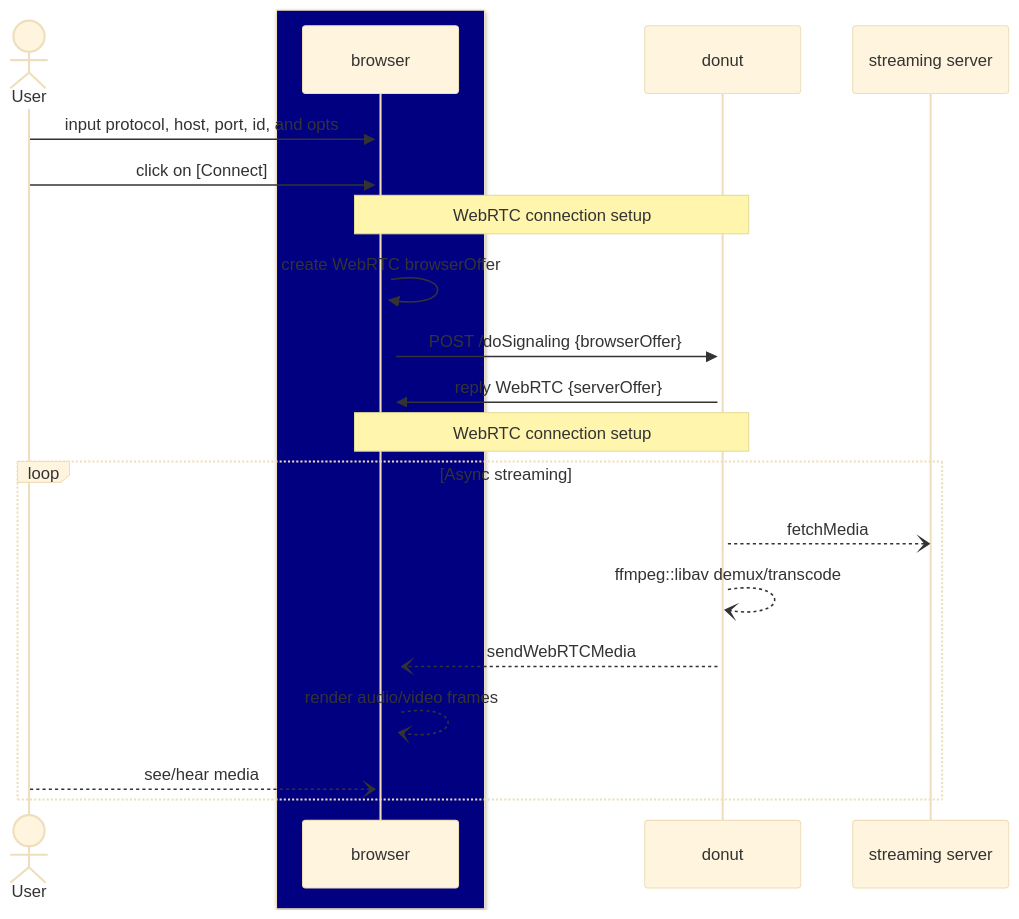
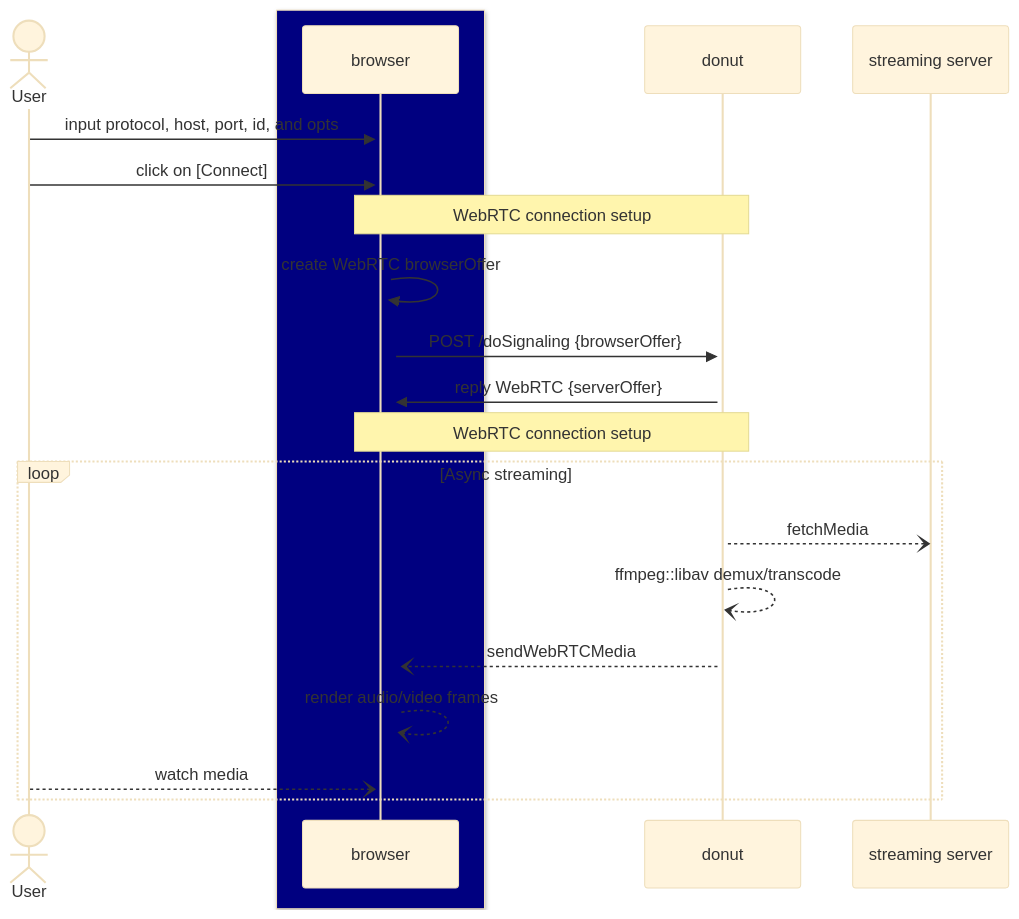
One commit to flavioribeiro/donut changed the first of 2 diagrams in HOW_IT_WORKS.md. Above: the diagram before and after it, drawn with Mermaid (base theme).

Commit message:
change verb

````diff
--- a/HOW_IT_WORKS.md
+++ b/HOW_IT_WORKS.md
@@ -3,28 +3,28 @@
 ```mermaid
 sequenceDiagram
     actor User
 
     box Navy
         participant browser
     end
 
     User->>+browser: input protocol, host, port, id, and opts
     User->>+browser: click on [Connect]
     
     Note over donut,browser: WebRTC connection setup
     
     browser->>+browser: create WebRTC browserOffer
     browser->>+donut: POST /doSignaling {browserOffer}
 
     donut->>+browser: reply WebRTC {serverOffer}
 
     Note over donut,browser: WebRTC connection setup
 
     loop Async streaming
         donut--)streaming server: fetchMedia
         donut--)donut: ffmpeg::libav demux/transcode
         donut--)browser: sendWebRTCMedia
         browser--)browser: render audio/video frames
-        User--)browser: see/hear media
+        User--)browser: watch media
     end
 ```
````
